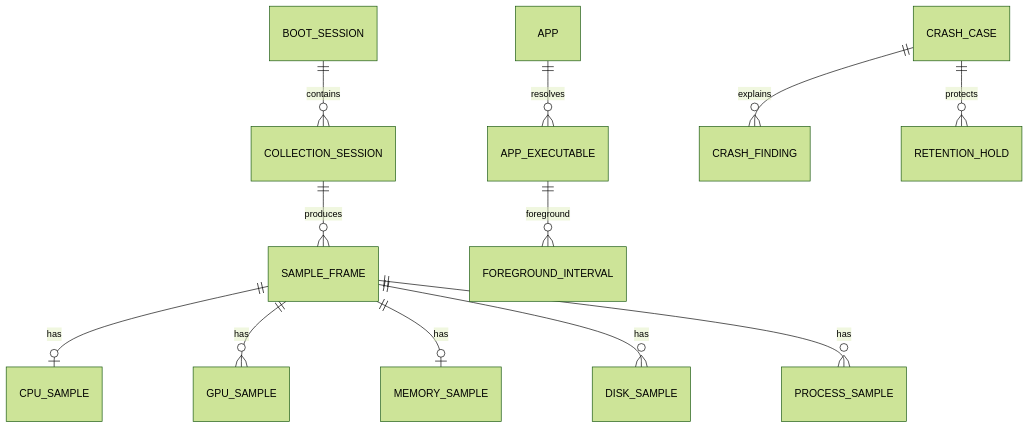
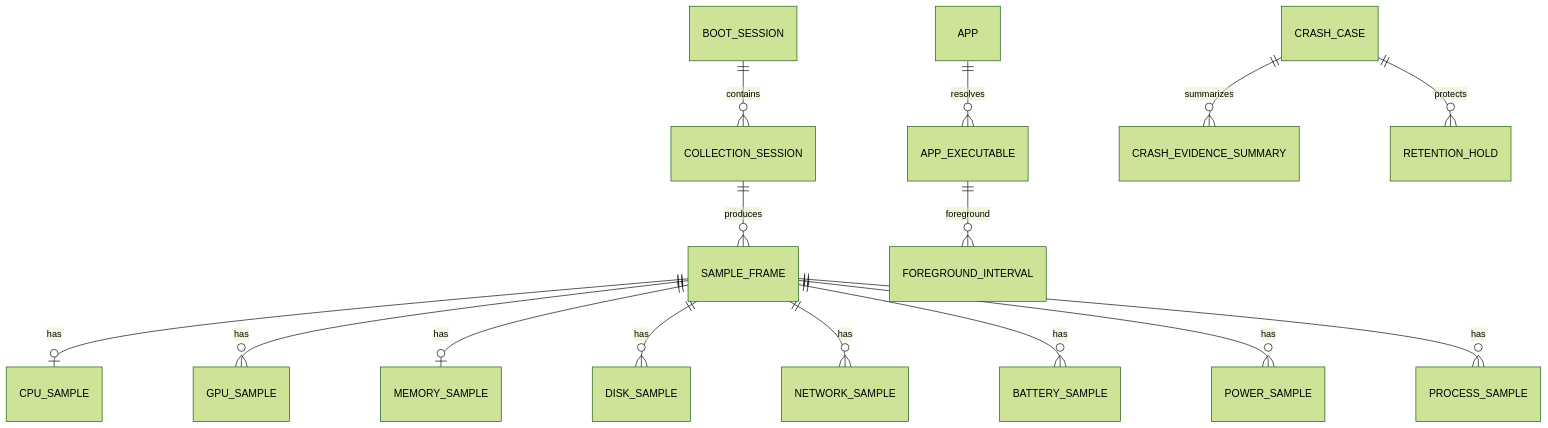
Before and after one commit to WuKong512/win-resources-timeline: the diagram in docs/upgrade/data-model-v7.md, drawn with Mermaid (forest theme). The commit also changed other lines of this file and 10 other files, not shown here.

````diff
--- a/docs/upgrade/data-model-v7.md
+++ b/docs/upgrade/data-model-v7.md
@@ -13,14 +13,17 @@
 ```mermaid
 erDiagram
     BOOT_SESSION ||--o{ COLLECTION_SESSION : contains
     COLLECTION_SESSION ||--o{ SAMPLE_FRAME : produces
     SAMPLE_FRAME ||--o| CPU_SAMPLE : has
     SAMPLE_FRAME ||--o{ GPU_SAMPLE : has
     SAMPLE_FRAME ||--o| MEMORY_SAMPLE : has
     SAMPLE_FRAME ||--o{ DISK_SAMPLE : has
+    SAMPLE_FRAME ||--o{ NETWORK_SAMPLE : has
+    SAMPLE_FRAME ||--o{ BATTERY_SAMPLE : has
+    SAMPLE_FRAME ||--o{ POWER_SAMPLE : has
     SAMPLE_FRAME ||--o{ PROCESS_SAMPLE : has
     APP ||--o{ APP_EXECUTABLE : resolves
     APP_EXECUTABLE ||--o{ FOREGROUND_INTERVAL : foreground
-    CRASH_CASE ||--o{ CRASH_FINDING : explains
+    CRASH_CASE ||--o{ CRASH_EVIDENCE_SUMMARY : summarizes
     CRASH_CASE ||--o{ RETENTION_HOLD : protects
 ```
````
